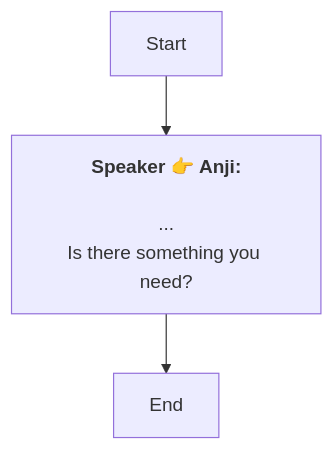
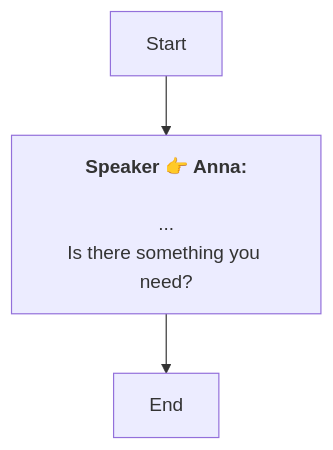
Before and after one commit to SoftHu/tos_avg: the diagram in En/Dialog_55255825582377.md, drawn with Mermaid. The commit also changed 737 other files, not shown here.

````diff
--- a/En/Dialog_55255825582377.md
+++ b/En/Dialog_55255825582377.md
@@ -1,9 +1,7 @@
 ```mermaid
 graph
-Start -->1768186470954885[<b>Speaker 👉 Anji:</b>
-
-...
-Is there something you need?]
+Start -->1768186470954885[<b>Speaker 👉 Anna:</b>
+\n...\nIs there something you need?]
 1768186470954885 -->1768186440462212[End]
 
- ```
+```
````
